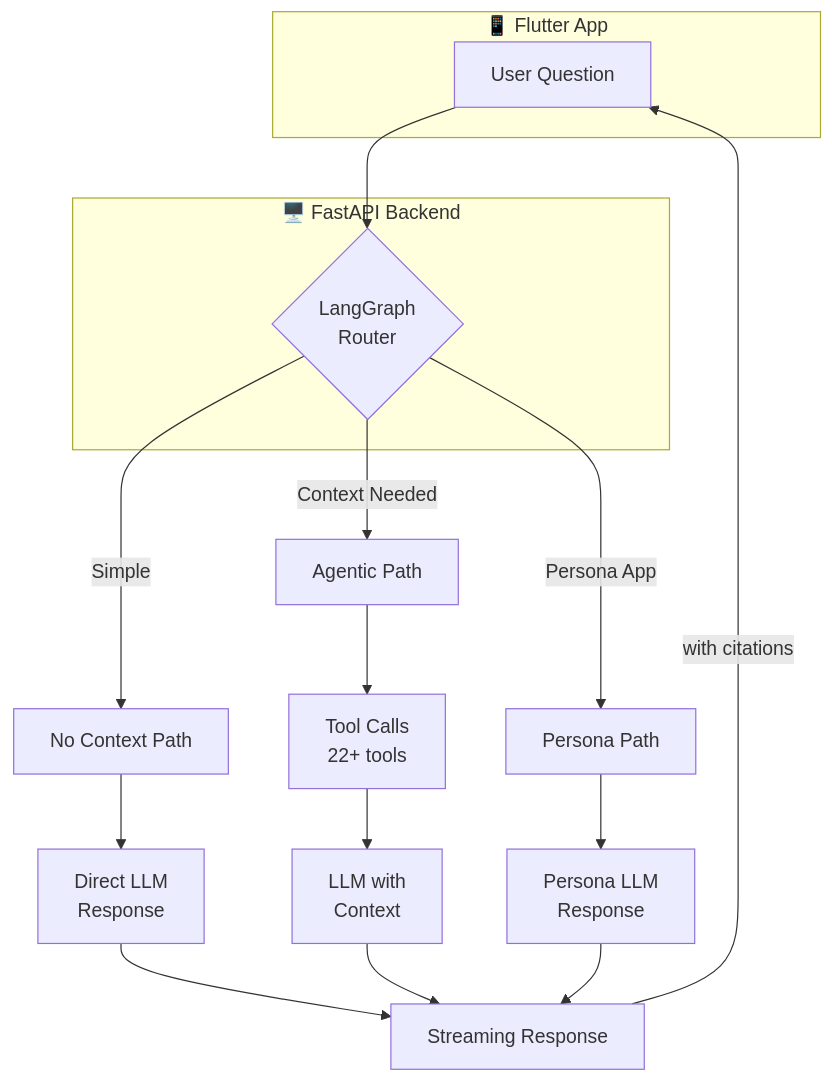
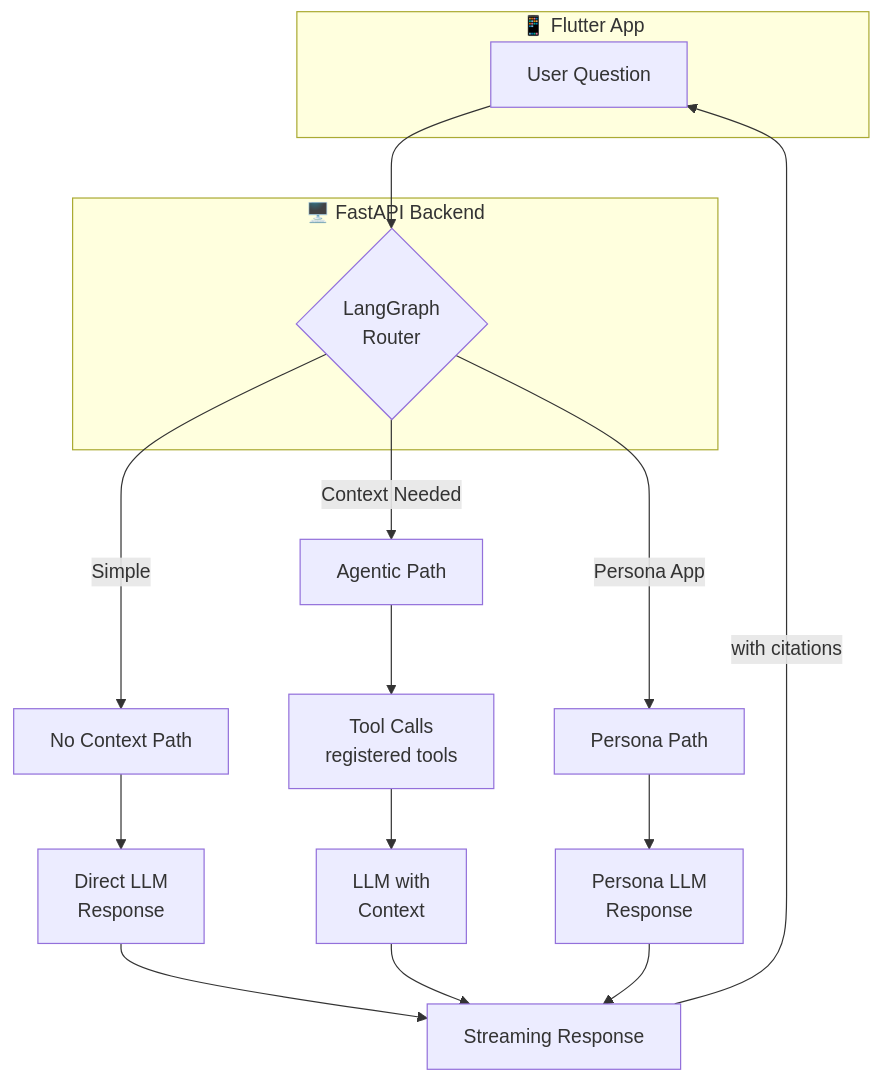
The first of 2 diagrams in docs/doc/developer/backend/chat_system.mdx (BasedHardware/omi), drawn with Mermaid before and after one commit. The commit also changed other lines of this file and 97 other files, not shown here.

````diff
--- a/docs/doc/developer/backend/chat_system.mdx
+++ b/docs/doc/developer/backend/chat_system.mdx
@@ -34,27 +34,27 @@
 ```mermaid
 flowchart TD
     subgraph Client["📱 Flutter App"]
         Q[User Question]
     end
 
     subgraph Backend["🖥️ FastAPI Backend"]
         Router{LangGraph<br/>Router}
     end
 
     Q --> Router
 
     Router -->|Simple| NC[No Context Path]
     Router -->|Context Needed| A[Agentic Path]
     Router -->|Persona App| P[Persona Path]
 
     NC --> LLM1[Direct LLM<br/>Response]
-    A --> Tools[Tool Calls<br/>22+ tools]
+    A --> Tools[Tool Calls<br/>registered tools]
     Tools --> LLM2[LLM with<br/>Context]
     P --> LLM3[Persona LLM<br/>Response]
 
     LLM1 --> Stream[Streaming Response]
     LLM2 --> Stream
     LLM3 --> Stream
 
     Stream --> |with citations| Q
 ```
````
